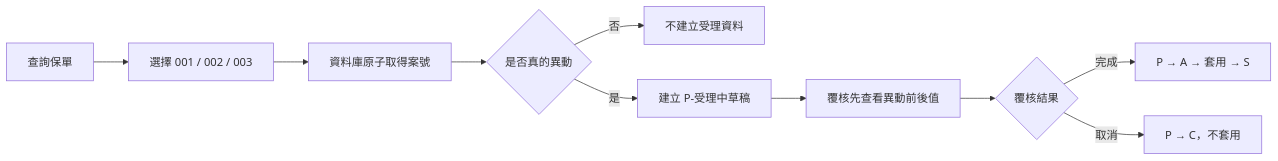
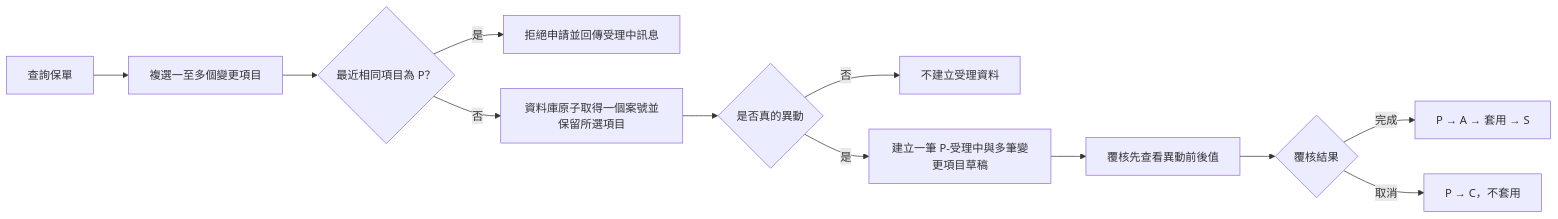
The first of 2 diagrams in readme.md (lin-chia-ying0630/pos-change-api), drawn with Mermaid before and after one commit. The commit also changed other lines of this file and 67 other files, not shown here.

````diff
--- a/readme.md
+++ b/readme.md
@@ -7,12 +7,14 @@
 ```mermaid
 flowchart LR
-    A["查詢保單"] --> B["選擇 001 / 002 / 003"]
-    B --> C["資料庫原子取得案號"]
-    C --> D{"是否真的異動"}
+    A["查詢保單"] --> B["複選一至多個變更項目"]
+    B --> C{"最近相同項目為 P？"}
+    C -->|是| K["拒絕申請並回傳受理中訊息"]
+    C -->|否| L["資料庫原子取得一個案號並保留所選項目"]
+    L --> D{"是否真的異動"}
     D -->|否| E["不建立受理資料"]
-    D -->|是| F["建立 P-受理中草稿"]
+    D -->|是| F["建立一筆 P-受理中與多筆變更項目草稿"]
     F --> G["覆核先查看異動前後值"]
     G --> H{"覆核結果"}
     H -->|完成| I["P → A → 套用 → S"]
     H -->|取消| J["P → C，不套用"]
 ```
````
